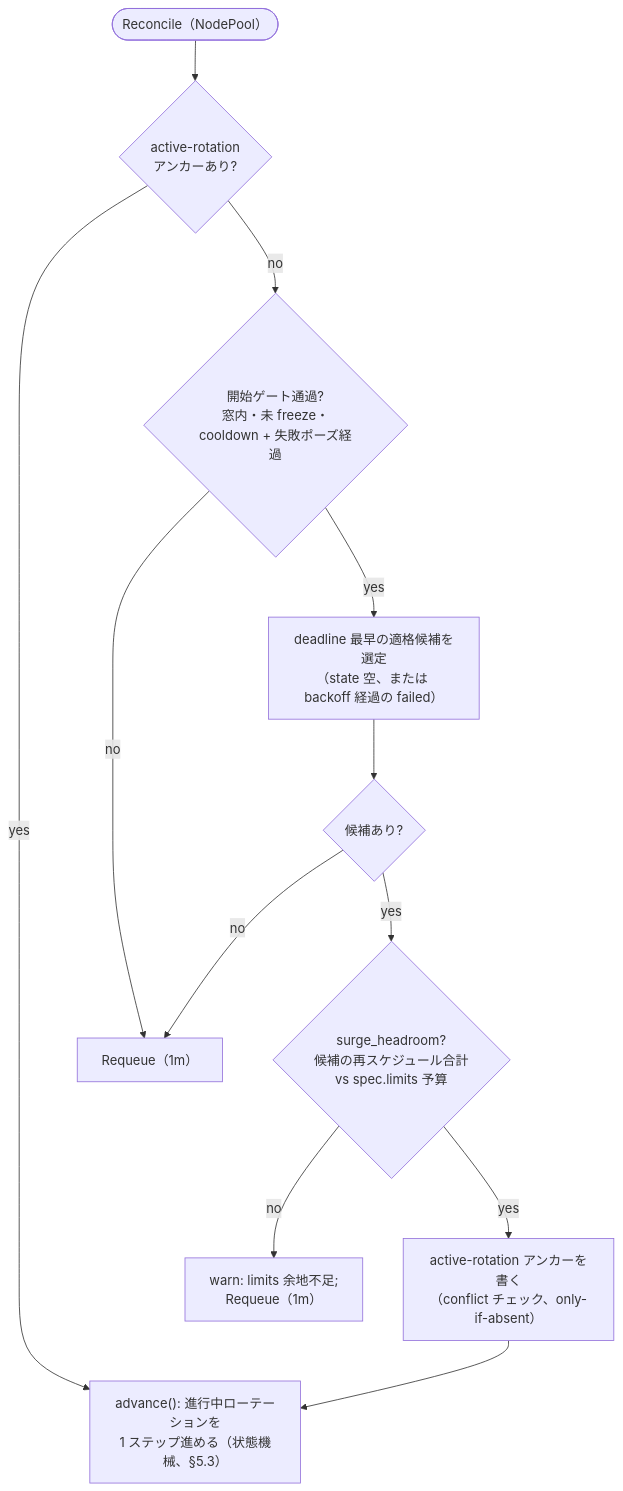
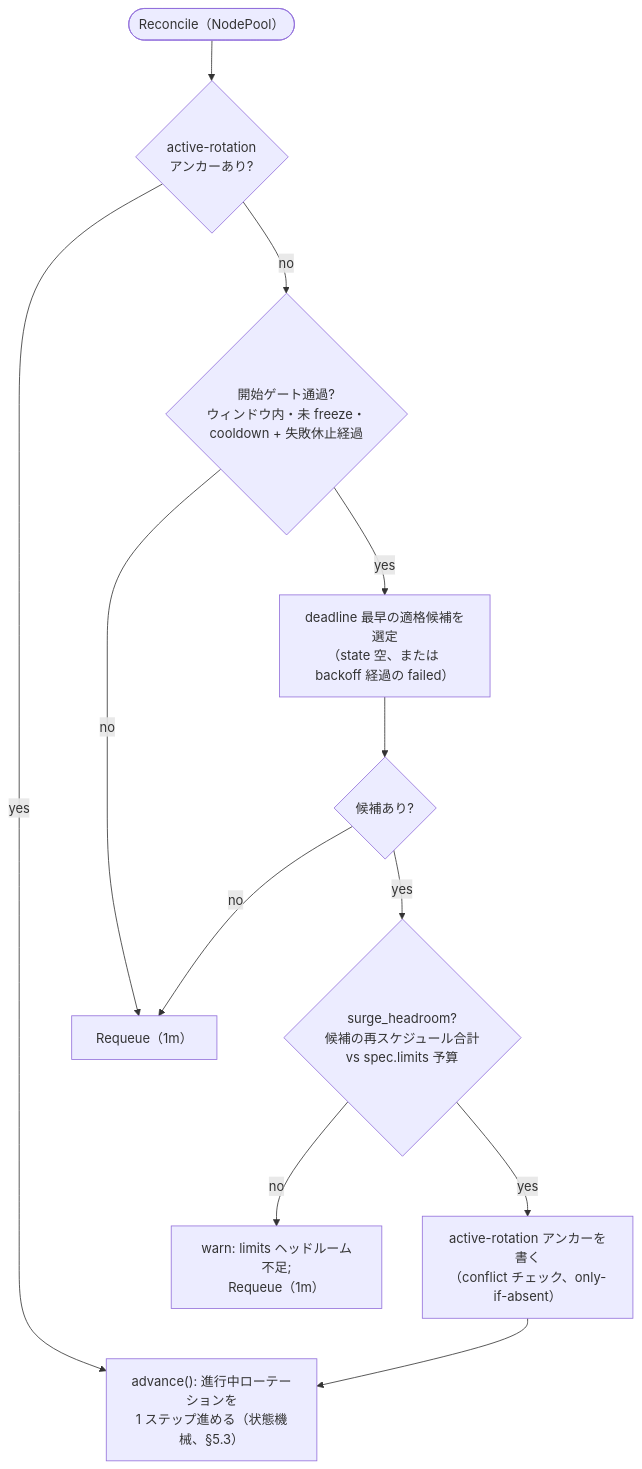
One commit to AkashiSN/node-rotation-controller changed the second of 3 diagrams in docs/ja/specification/05-implementation.md. Above: the diagram before and after it, drawn with Mermaid. The commit also changed other lines of this file and 10 other files, not shown here.

````diff
--- a/docs/ja/specification/05-implementation.md
+++ b/docs/ja/specification/05-implementation.md
@@ -40,14 +40,14 @@
 ```mermaid
 flowchart TD
     entry(["Reconcile（NodePool）"]) --> q1{"active-rotation<br/>アンカーあり?"}
     q1 -->|yes| adv["advance(): 進行中ローテーションを<br/>1 ステップ進める（状態機械、§5.3）"]
-    q1 -->|no| q2{"開始ゲート通過?<br/>窓内・未 freeze・<br/>cooldown + 失敗ポーズ経過"}
+    q1 -->|no| q2{"開始ゲート通過?<br/>ウィンドウ内・未 freeze・<br/>cooldown + 失敗休止経過"}
     q2 -->|no| rq["Requeue（1m）"]
     q2 -->|yes| pick["deadline 最早の適格候補を選定<br/>（state 空、または backoff 経過の failed）"]
     pick --> q3{"候補あり?"}
     q3 -->|no| rq
     q3 -->|yes| q4{"surge_headroom?<br/>候補の再スケジュール合計<br/>vs spec.limits 予算"}
-    q4 -->|no| warn["warn: limits 余地不足;<br/>Requeue（1m）"]
+    q4 -->|no| warn["warn: limits ヘッドルーム不足;<br/>Requeue（1m）"]
     q4 -->|yes| anchor["active-rotation アンカーを書く<br/>（conflict チェック、only-if-absent）"]
     anchor --> adv
 ```
````
